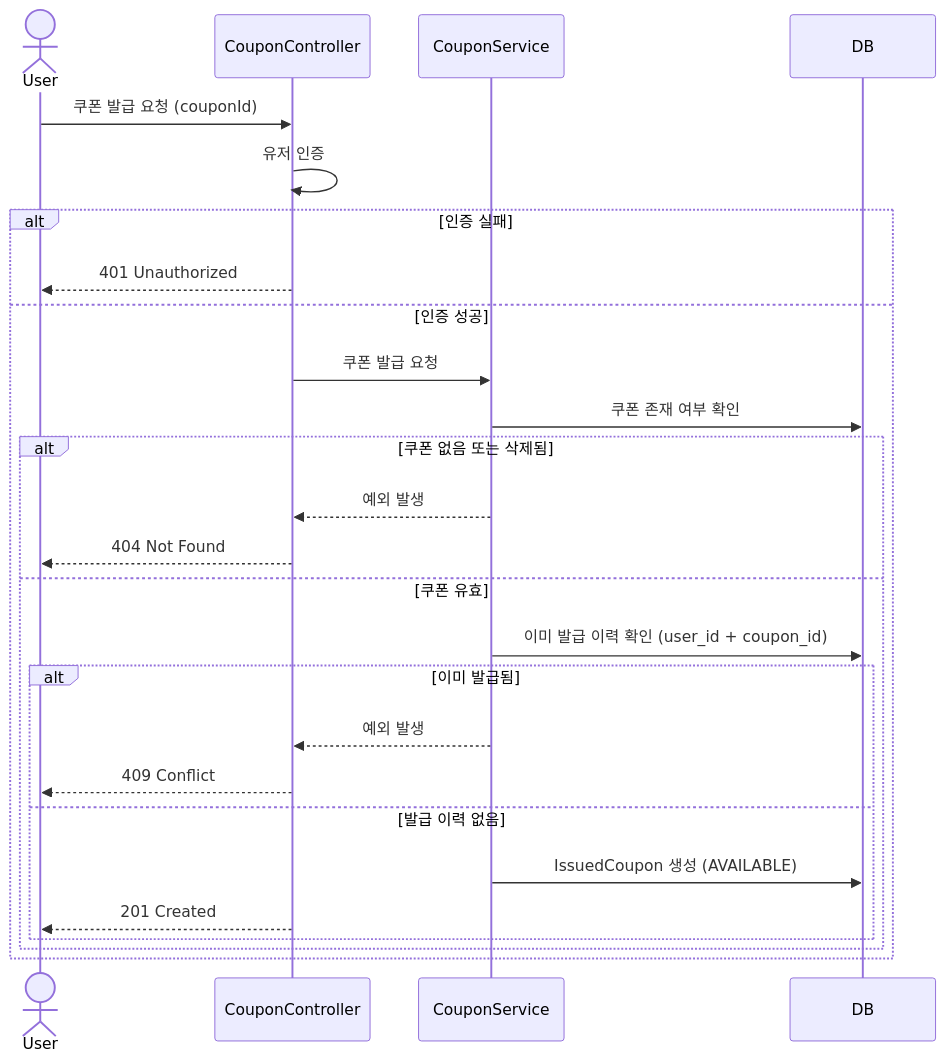
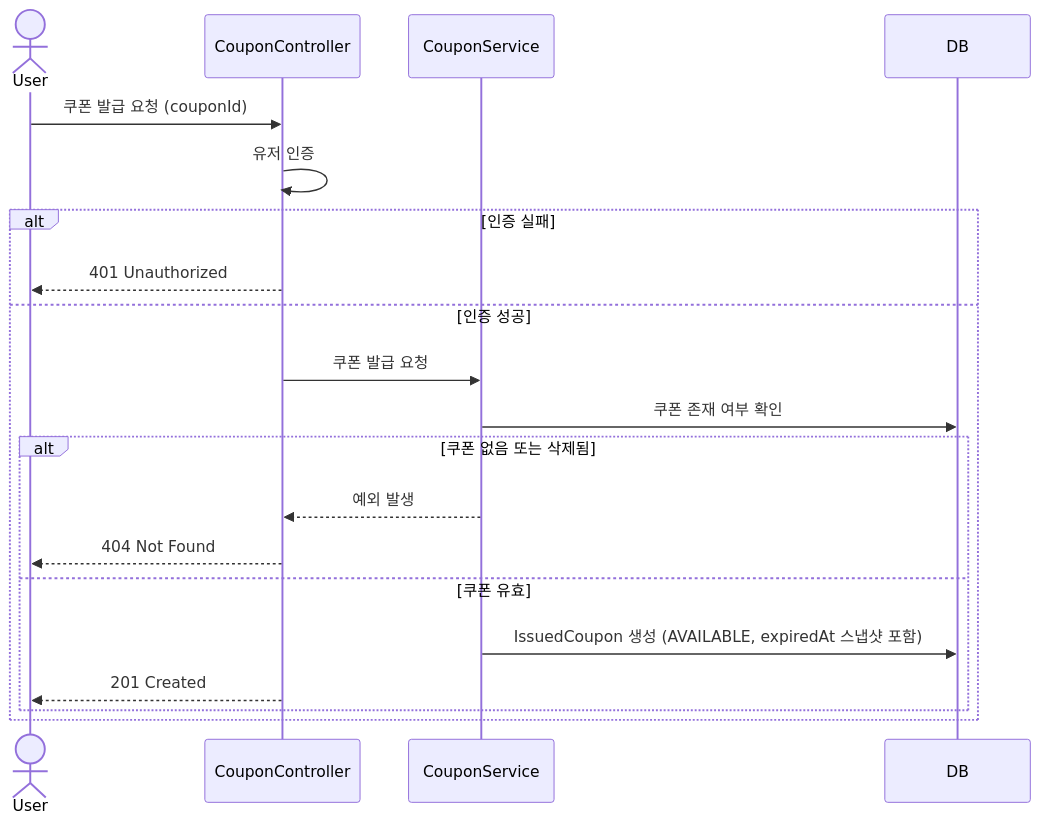
Before and after one commit to ji-eun-k/loop-pack-be-l2-vol4-java: the second of 6 diagrams in docs/design/02-sequence-diagrams.md, drawn with Mermaid. The commit also changed 16 other files, not shown here.

````diff
--- a/docs/design/02-sequence-diagrams.md
+++ b/docs/design/02-sequence-diagrams.md
@@ -103,32 +103,25 @@
 ```mermaid
 sequenceDiagram
   actor User as User
   participant CC as CouponController
   participant CS as CouponService
   participant DB as DB
 
   User->>CC: 쿠폰 발급 요청 (couponId)
   CC->>CC: 유저 인증
 
   alt 인증 실패
     CC-->>User: 401 Unauthorized
   else 인증 성공
     CC->>CS: 쿠폰 발급 요청
     CS->>DB: 쿠폰 존재 여부 확인
 
     alt 쿠폰 없음 또는 삭제됨
       CS-->>CC: 예외 발생
       CC-->>User: 404 Not Found
     else 쿠폰 유효
-      CS->>DB: 이미 발급 이력 확인 (user_id + coupon_id)
-
-      alt 이미 발급됨
-        CS-->>CC: 예외 발생
-        CC-->>User: 409 Conflict
-      else 발급 이력 없음
-        CS->>DB: IssuedCoupon 생성 (AVAILABLE)
-        CC-->>User: 201 Created
-      end
+      CS->>DB: IssuedCoupon 생성 (AVAILABLE, expiredAt 스냅샷 포함)
+      CC-->>User: 201 Created
     end
   end
 ```
````
